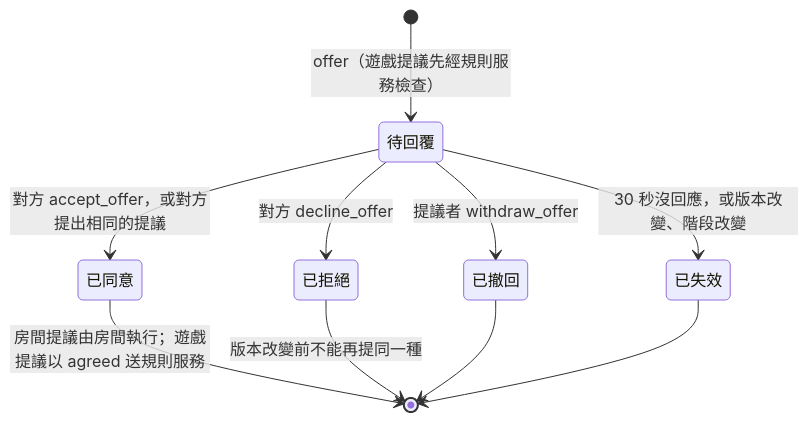
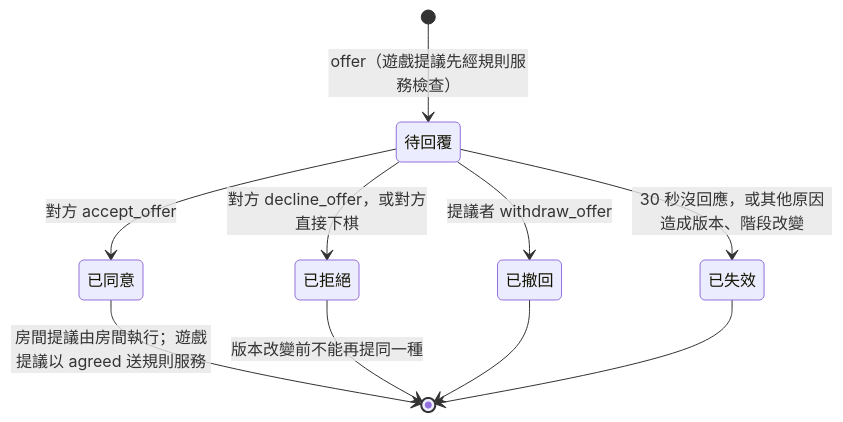
The eighth of 10 diagrams in docs/spec_v2.md (yshsu0918/yi-arena), drawn with Mermaid before and after one commit. The commit also changed other lines of this file and 3 other files, not shown here.

````diff
--- a/docs/spec_v2.md
+++ b/docs/spec_v2.md
@@ -1037,18 +1063,18 @@
 ```mermaid
 stateDiagram-v2
   state "待回覆" as pending
   state "已同意" as accepted
   state "已拒絕" as declined
   state "已撤回" as withdrawn
   state "已失效" as gone
 
   [*] --> pending: offer（遊戲提議先經規則服務檢查）
-  pending --> accepted: 對方 accept_offer，或對方提出相同的提議
-  pending --> declined: 對方 decline_offer
+  pending --> accepted: 對方 accept_offer
+  pending --> declined: 對方 decline_offer，或對方直接下棋
   pending --> withdrawn: 提議者 withdraw_offer
-  pending --> gone: 30 秒沒回應，或版本改變、階段改變
+  pending --> gone: 30 秒沒回應，或其他原因造成版本、階段改變
   accepted --> [*]: 房間提議由房間執行；遊戲提議以 agreed 送規則服務
   declined --> [*]: 版本改變前不能再提同一種
   withdrawn --> [*]
   gone --> [*]
 ```
````
